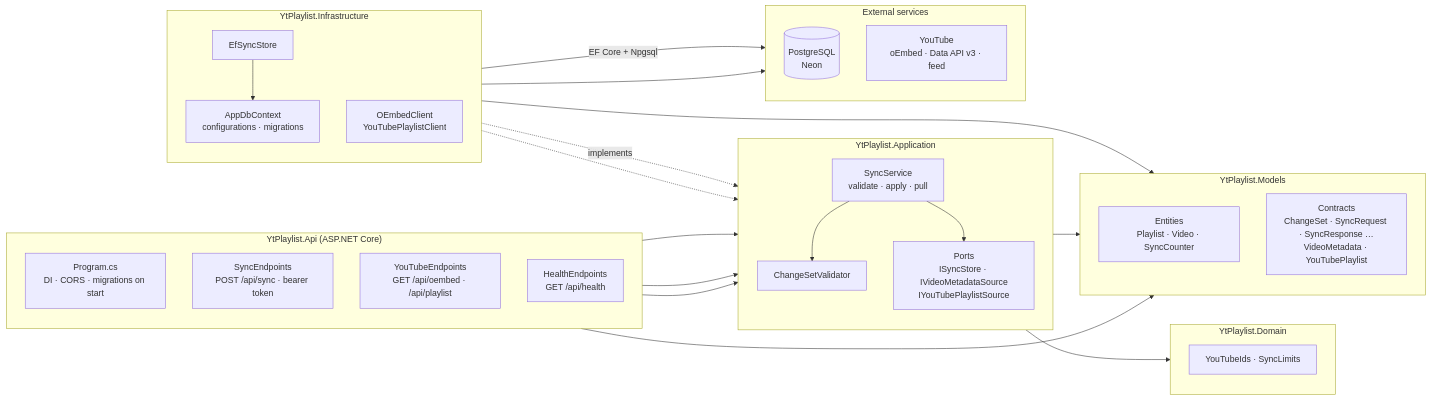
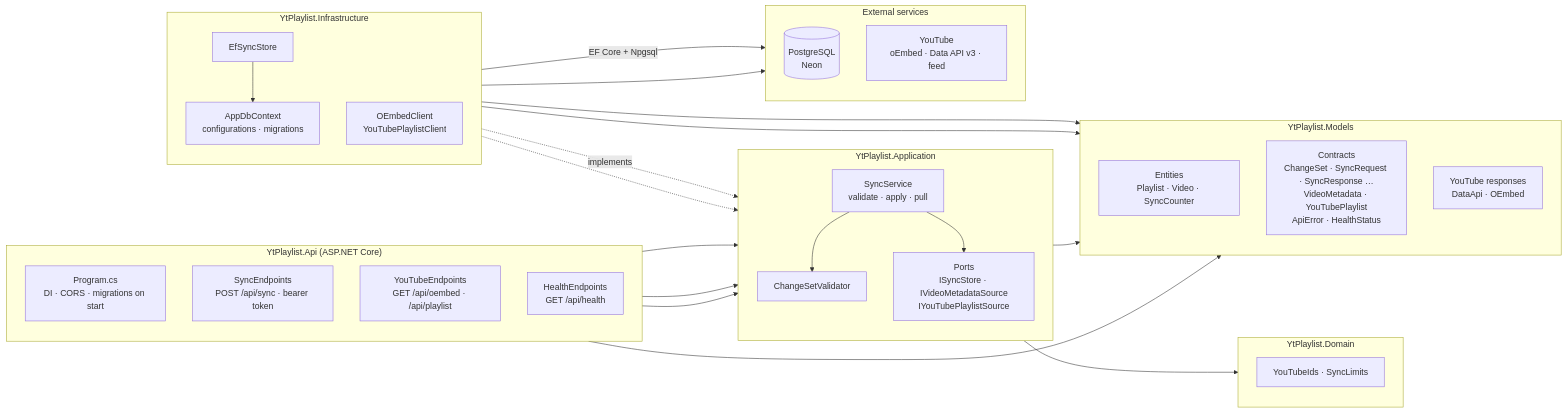
Before and after one commit to jestra52/yt-playlist-manager: the second of 3 diagrams in docs/architecture.md, drawn with Mermaid. The commit also changed other lines of this file and 30 other files, not shown here.

First line of the commit message:
API: move the remaining DTOs into YtPlaylist.Models

````diff
--- a/docs/architecture.md
+++ b/docs/architecture.md
@@ -76,55 +76,57 @@
 ```mermaid
 flowchart LR
     subgraph apiProject["YtPlaylist.Api (ASP.NET Core)"]
         direction TB
         program["Program.cs<br/>DI · CORS · migrations on start"]
         syncEp["SyncEndpoints<br/>POST /api/sync · bearer token"]
         ytEp["YouTubeEndpoints<br/>GET /api/oembed · /api/playlist"]
         healthEp["HealthEndpoints<br/>GET /api/health"]
     end
 
     subgraph application["YtPlaylist.Application"]
         direction TB
         syncSvc["SyncService<br/>validate · apply · pull"]
         validator["ChangeSetValidator"]
         ports["Ports<br/>ISyncStore · IVideoMetadataSource<br/>IYouTubePlaylistSource"]
     end
 
     subgraph domain["YtPlaylist.Domain"]
         direction TB
         rules["YouTubeIds · SyncLimits"]
     end
 
     subgraph models["YtPlaylist.Models"]
         direction TB
         entities["Entities<br/>Playlist · Video · SyncCounter"]
-        contracts["Contracts<br/>ChangeSet · SyncRequest · SyncResponse …<br/>VideoMetadata · YouTubePlaylist"]
+        contracts["Contracts<br/>ChangeSet · SyncRequest · SyncResponse …<br/>VideoMetadata · YouTubePlaylist<br/>ApiError · HealthStatus"]
+        youtubeDtos["YouTube responses<br/>DataApi · OEmbed"]
     end
 
     subgraph infrastructure["YtPlaylist.Infrastructure"]
         direction TB
         store["EfSyncStore"]
         dbContext["AppDbContext<br/>configurations · migrations"]
         clients["OEmbedClient<br/>YouTubePlaylistClient"]
         store --> dbContext
     end
 
     syncEp --> syncSvc
     syncSvc --> validator & ports
     ytEp --> ports
     healthEp --> syncSvc
     store -. "implements" .-> ports
     clients -.-> ports
     validator --> rules
     dbContext --> entities
     syncEp & ports --> contracts
+    clients --> youtubeDtos
 
     subgraph external["External services"]
         direction TB
         postgres[("PostgreSQL<br/>Neon")]
         yt["YouTube<br/>oEmbed · Data API v3 · feed"]
     end
 
     dbContext -- "EF Core + Npgsql" --> postgres
     clients --> yt
 ```
````
